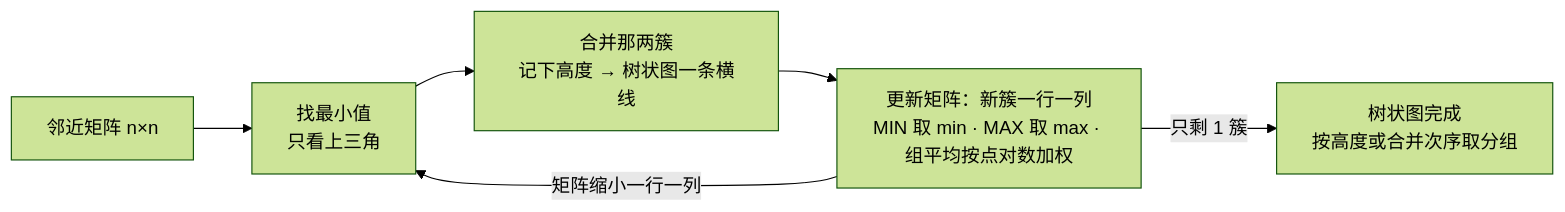
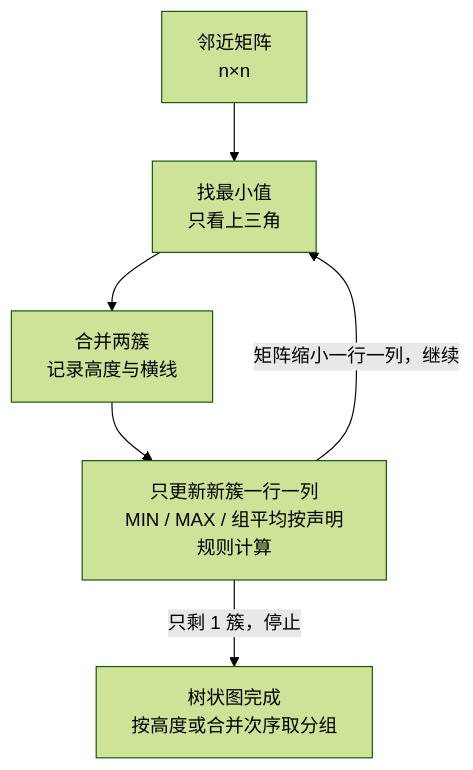
Before and after one commit to CercaTrovato/cityu-ai-course-notes: the tenth of 11 diagrams in IS6400_Business_Data_Analytics/notes/M05-聚类-Kmeans层次与DBSCAN.md, drawn with Mermaid (forest theme). The commit also changed other lines of this file and 224 other files, not shown here.

First line of the commit message:
完善五门课图文可读性并更新仓库首页

````diff
--- a/IS6400_Business_Data_Analytics/notes/M05-聚类-Kmeans层次与DBSCAN.md
+++ b/IS6400_Business_Data_Analytics/notes/M05-聚类-Kmeans层次与DBSCAN.md
@@ -2119,8 +3028,8 @@
 ```mermaid
-flowchart LR
-    M[邻近矩阵 n×n] --> F[找最小值<br/>只看上三角]
-    F --> G[合并那两簇<br/>记下高度 → 树状图一条横线]
-    G --> U[更新矩阵：新簇一行一列<br/>MIN 取 min · MAX 取 max · 组平均按点对数加权]
-    U -->|矩阵缩小一行一列| F
-    U -->|只剩 1 簇| T[树状图完成<br/>按高度或合并次序取分组]
+flowchart TD
+    M[邻近矩阵<br/>n×n] --> F[找最小值<br/>只看上三角]
+    F --> G[合并两簇<br/>记录高度与横线]
+    G --> U[只更新新簇一行一列<br/>MIN / MAX / 组平均按声明规则计算]
+    U -->|矩阵缩小一行一列，继续| F
+    U -->|只剩 1 簇，停止| T[树状图完成<br/>按高度或合并次序取分组]
 ```
````
